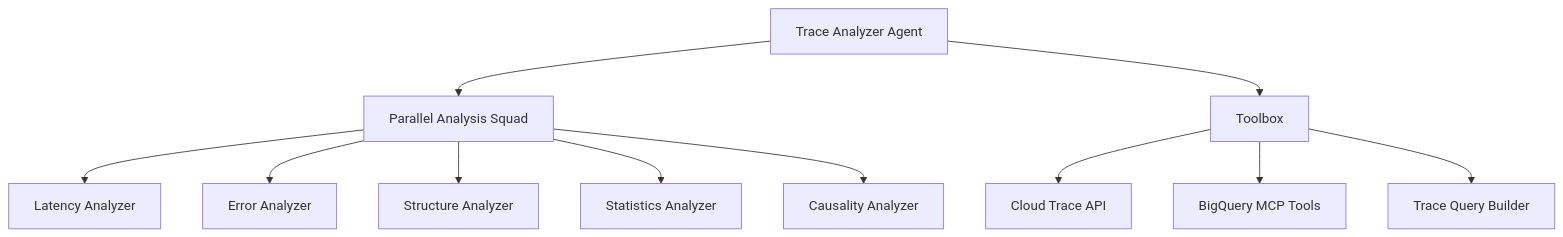
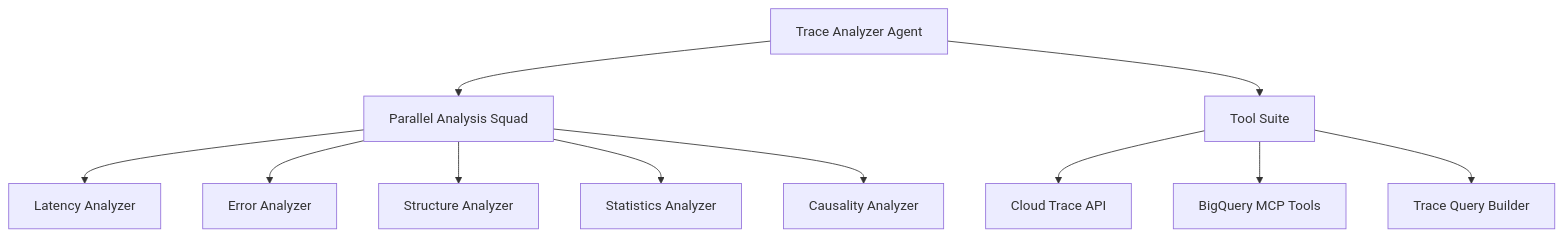
Before and after one commit to srtux/sre-agent: the diagram in README.md, drawn with Mermaid. The commit also changed other lines of this file and 41 other files, not shown here.

Commit message:
feat: Add OpenTelemetry tracing and metrics for tools, migrate to pyproject.toml, and remove toolbox_mcp specific files.`

````diff
--- a/README.md
+++ b/README.md
@@ -18,14 +18,14 @@
 ```mermaid
 graph TD
     Root[Trace Analyzer Agent] --> Squad[Parallel Analysis Squad]
     Squad --> L[Latency Analyzer]
     Squad --> E[Error Analyzer]
     Squad --> S[Structure Analyzer]
     Squad --> ST[Statistics Analyzer]
     Squad --> C[Causality Analyzer]
     
-    Root --> Tools[Toolbox]
+    Root --> Tools[Tool Suite]
     Tools --> TraceAPI[Cloud Trace API]
     Tools --> BQ[BigQuery MCP Tools]
     Tools --> Filter[Trace Query Builder]
 ```
````
